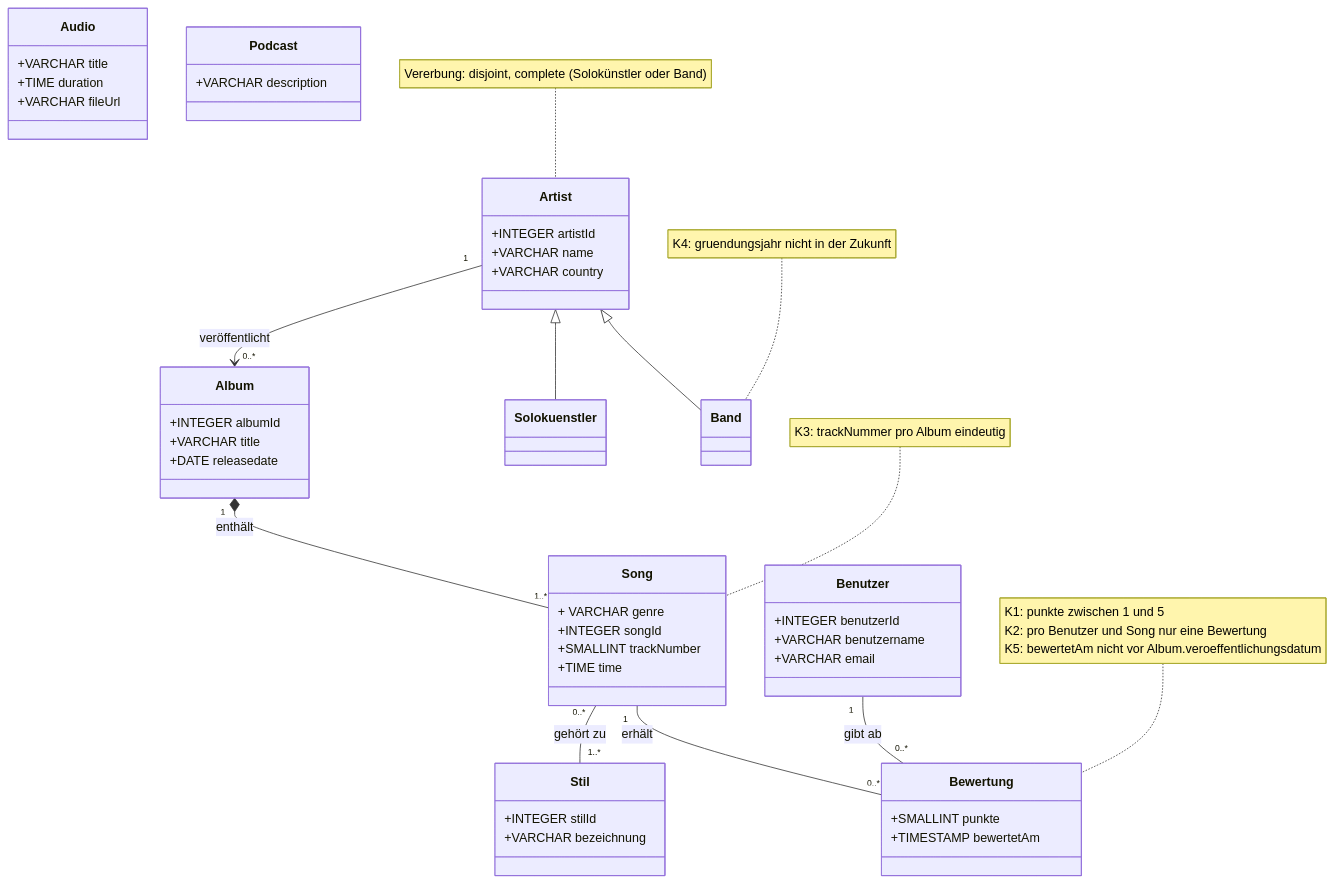
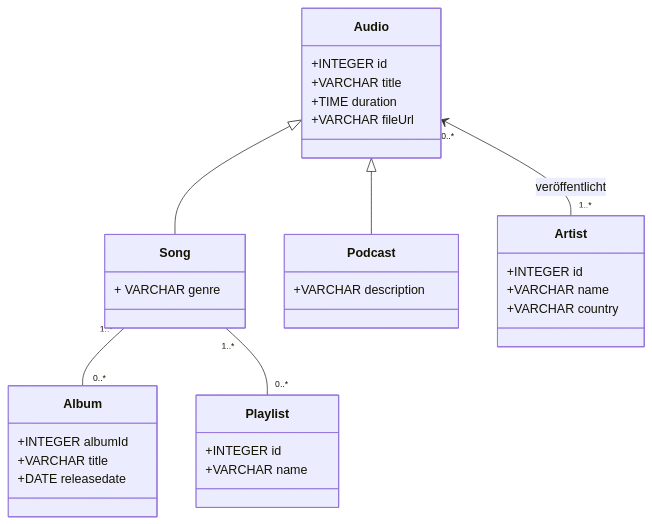
The diagram in README.md (PatriceManser/dbs1-musikliederverwaltung), drawn with Mermaid before and after one commit.

Commit message:
update uml

````diff
--- a/README.md
+++ b/README.md
@@ -17,56 +17,37 @@
 ```mermaid
 classDiagram
     class Audio {
+        +INTEGER id
         +VARCHAR title
         +TIME duration
         +VARCHAR fileUrl
     }
     class Song {
         + VARCHAR genre
     }
     class Podcast {
         +VARCHAR description
     }
     class Artist {
-        +INTEGER artistId
+        +INTEGER id
         +VARCHAR name
         +VARCHAR country
     }
     class Album {
         +INTEGER albumId
         +VARCHAR title
         +DATE releasedate
     }
-    class Song {
-        +INTEGER songId
-        
-        +SMALLINT trackNumber
-        +TIME time
-    }
-    class Stil {
-        +INTEGER stilId
-        +VARCHAR bezeichnung
-    }
-    class Benutzer {
-        +INTEGER benutzerId
-        +VARCHAR benutzername
-        +VARCHAR email
-    }
-    class Bewertung {
-        +SMALLINT punkte
-        +TIMESTAMP bewertetAm
+    class Playlist {
+        +INTEGER id
+        +VARCHAR name
     }
 
-    Artist <|-- Solokuenstler
-    Artist <|-- Band
-    Artist "1" --> "0..*" Album : veröffentlicht
-    Album "1" *-- "1..*" Song : enthält
-    Song "0..*" -- "1..*" Stil : gehört zu
-    Benutzer "1" -- "0..*" Bewertung : gibt ab
-    Song "1" -- "0..*" Bewertung : erhält
+    Audio <|-- Song
+    Audio <|-- Podcast
+    Audio "0..*" <-- "1..*" Artist : veröffentlicht
+    Song "1..*" -- "0..*" Album
+    Song "1..*" -- "0..*" Playlist
 
-    note for Artist "Vererbung: disjoint, complete (Solokünstler oder Band)"
-    note for Bewertung "K1: punkte zwischen 1 und 5<br>K2: pro Benutzer und Song nur eine Bewertung<br>K5: bewertetAm nicht vor Album.veroeffentlichungsdatum"
-    note for Song "K3: trackNummer pro Album eindeutig"
-    note for Band "K4: gruendungsjahr nicht in der Zukunft"
+
 ```
````
